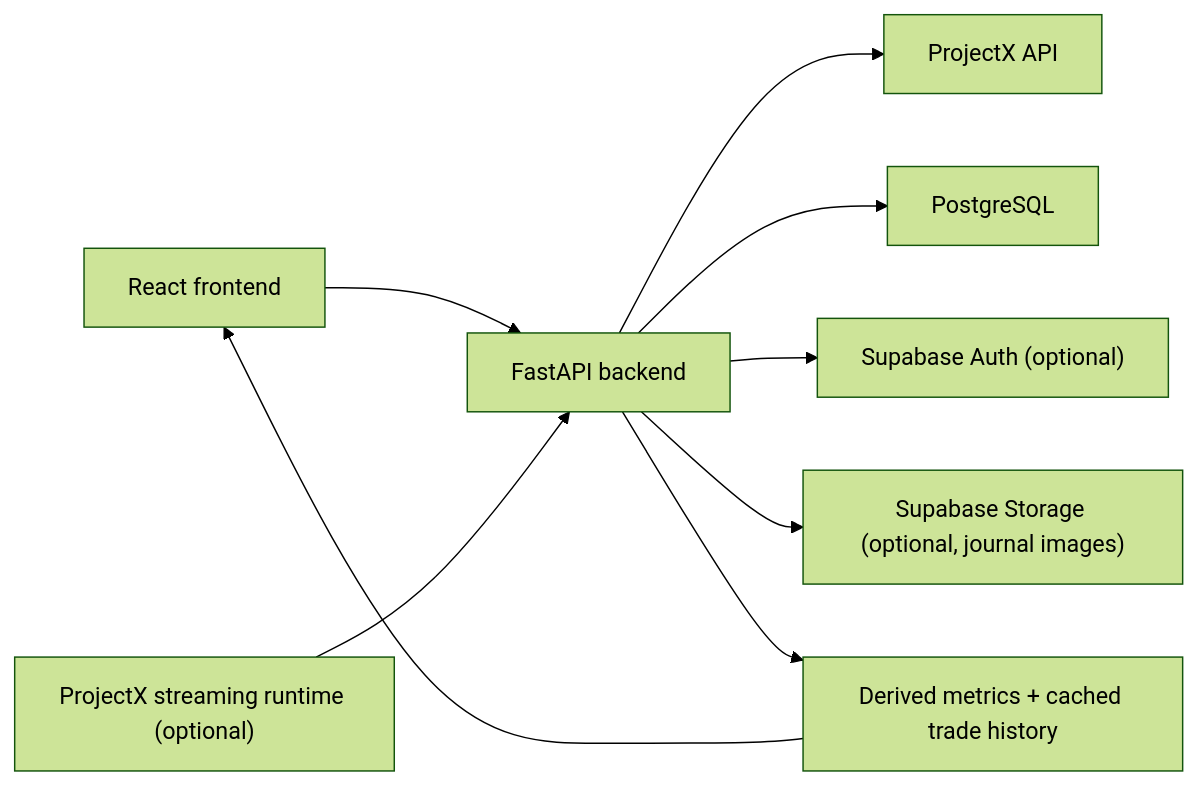
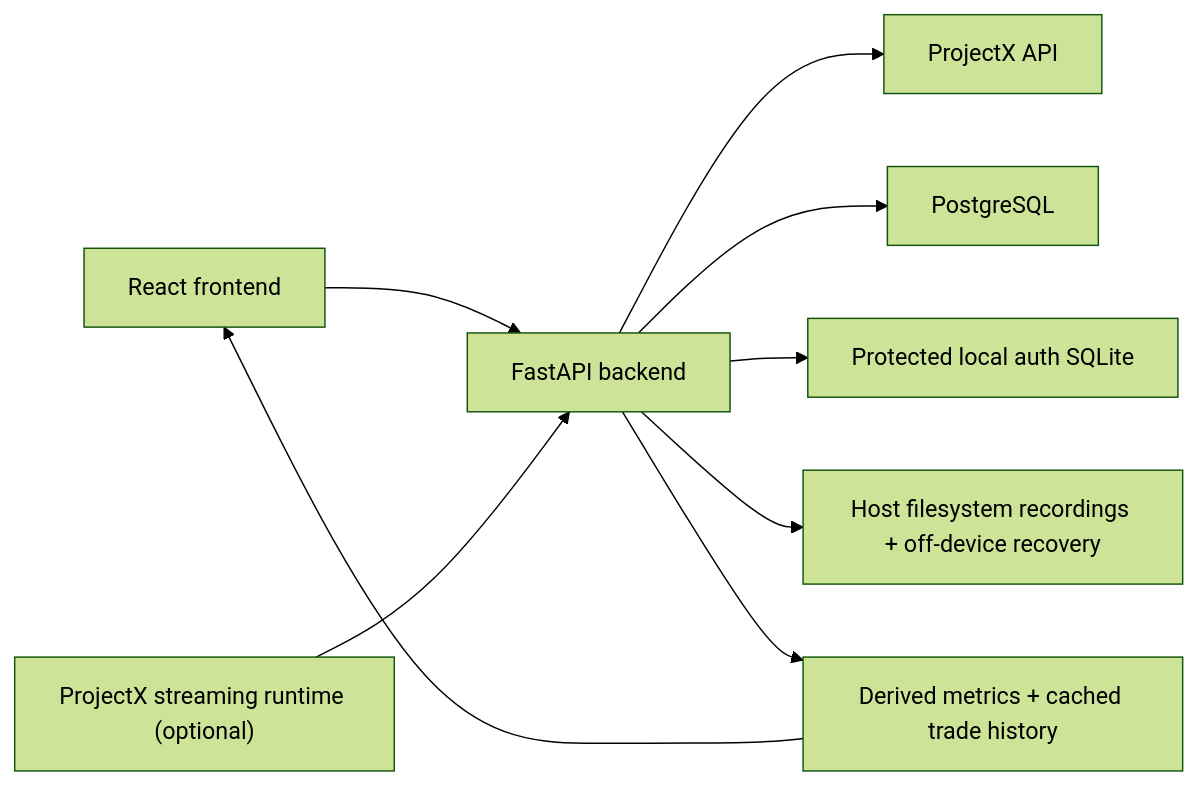
Before and after one commit to drewstake/TopSignal: the diagram in README.md, drawn with Mermaid (forest theme). The commit also changed other lines of this file and 163 other files, not shown here.

Commit message:
Prepare local storage retirement and reliable recording

````diff
--- a/README.md
+++ b/README.md
@@ -339,11 +327,11 @@
 ```mermaid
 flowchart LR
     A["React frontend"] --> B["FastAPI backend"]
     B --> C["ProjectX API"]
     B --> D["PostgreSQL"]
-    B --> E["Supabase Auth (optional)"]
-    B --> F["Supabase Storage (optional, journal images)"]
+    B --> E["Protected local auth SQLite"]
+    B --> F["Host filesystem recordings + off-device recovery"]
     G["ProjectX streaming runtime (optional)"] --> B
     B --> H["Derived metrics + cached trade history"]
     H --> A
 ```
````
